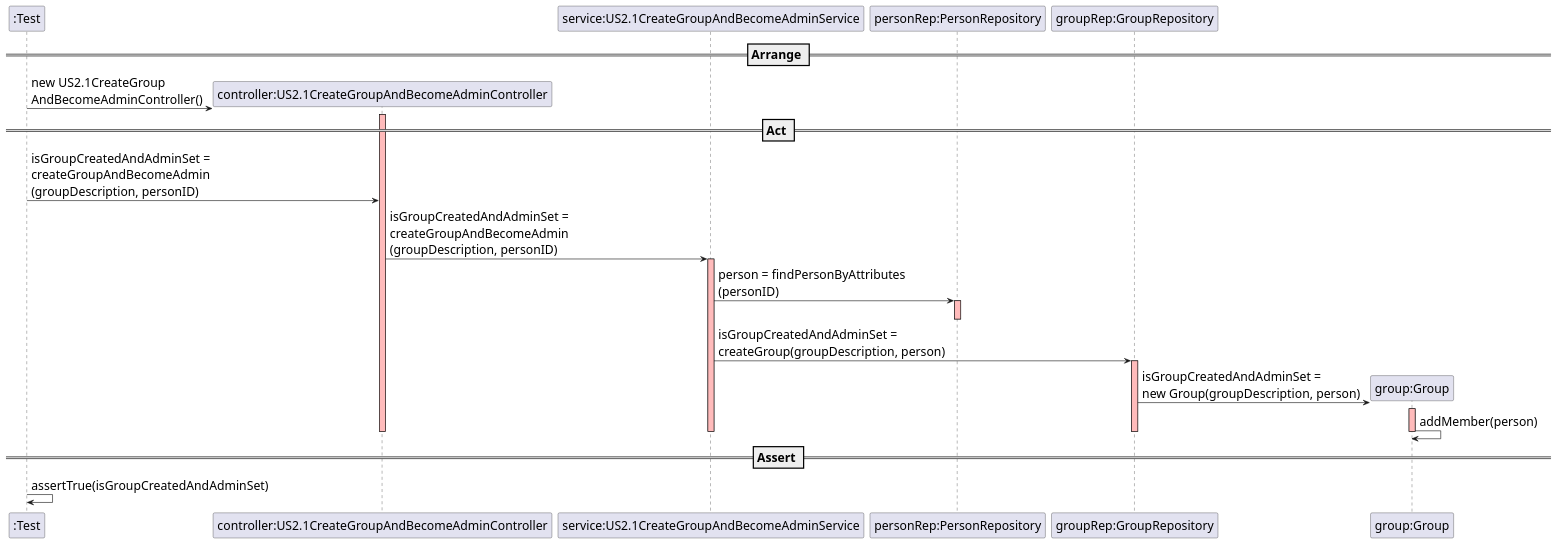
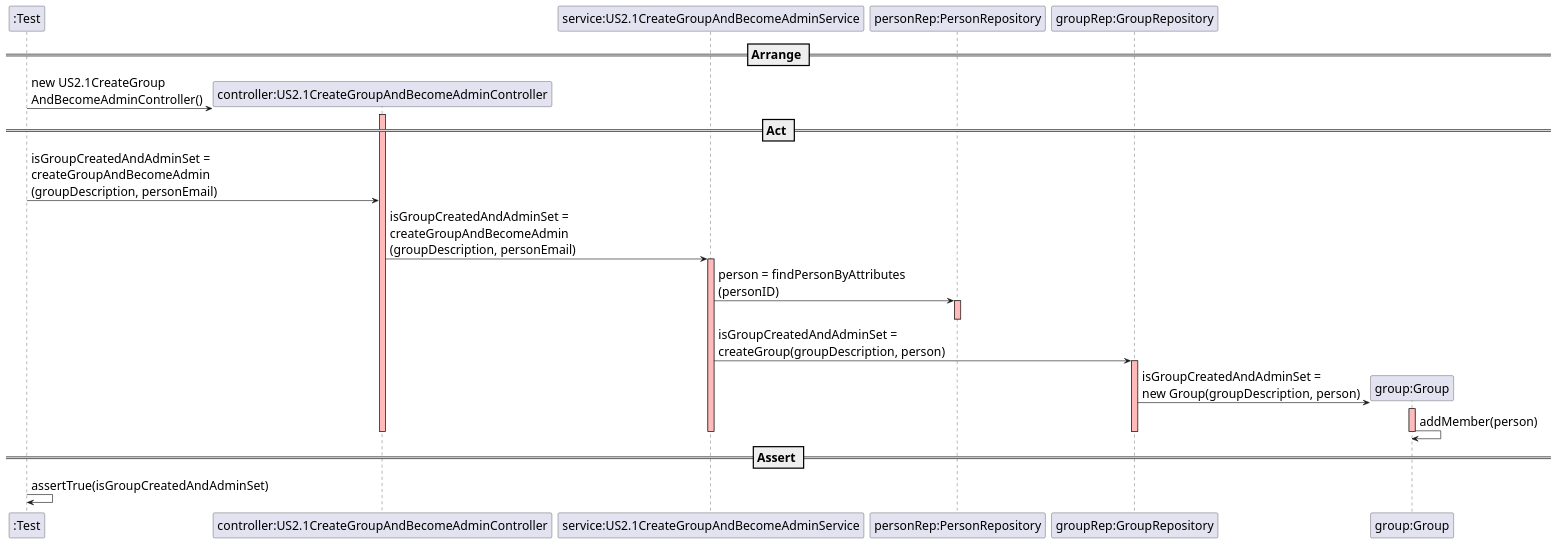
The diagram in src/main/java/switch2019/project/controllers/US002.1CreateGroupAndBecomeAdminSD.puml (mleitaoribeiro/DevOpsMaven), drawn with PlantUML before and after one commit. The commit also changed 1 other file, not shown here.

Commit message:
ref #718 update class diagram

```diff
--- a/src/main/java/switch2019/project/controllers/US002.1CreateGroupAndBecomeAdminSD.puml
+++ b/src/main/java/switch2019/project/controllers/US002.1CreateGroupAndBecomeAdminSD.puml
@@ -1,44 +1,44 @@
 @startuml
 skinparam DefaultFontSize 20
 create ":Test"
 
 == Arrange ==
 
 create "controller:US2.1CreateGroupAndBecomeAdminController"
 ":Test" -> "controller:US2.1CreateGroupAndBecomeAdminController" : new US2.1CreateGroup\nAndBecomeAdminController()
 activate "controller:US2.1CreateGroupAndBecomeAdminController" #FFBBBB
 
 participant "service:US2.1CreateGroupAndBecomeAdminService"
 participant "personRep:PersonRepository"
 participant "groupRep:GroupRepository"
 
 == Act ==
 
-":Test" -> "controller:US2.1CreateGroupAndBecomeAdminController" : isGroupCreatedAndAdminSet = \ncreateGroupAndBecomeAdmin\n(groupDescription, personID)
+":Test" -> "controller:US2.1CreateGroupAndBecomeAdminController" : isGroupCreatedAndAdminSet = \ncreateGroupAndBecomeAdmin\n(groupDescription, personEmail)
 
-"controller:US2.1CreateGroupAndBecomeAdminController" -> "service:US2.1CreateGroupAndBecomeAdminService": isGroupCreatedAndAdminSet = \ncreateGroupAndBecomeAdmin\n(groupDescription, personID)
+"controller:US2.1CreateGroupAndBecomeAdminController" -> "service:US2.1CreateGroupAndBecomeAdminService": isGroupCreatedAndAdminSet = \ncreateGroupAndBecomeAdmin\n(groupDescription, personEmail)
 activate "service:US2.1CreateGroupAndBecomeAdminService" #FFBBBB
 
 "service:US2.1CreateGroupAndBecomeAdminService" -> "personRep:PersonRepository" : person = findPersonByAttributes\n(personID)
 activate "personRep:PersonRepository" #FFBBBB
 deactivate "personRep:PersonRepository"
 
 "service:US2.1CreateGroupAndBecomeAdminService" -> "groupRep:GroupRepository" : isGroupCreatedAndAdminSet = \ncreateGroup(groupDescription, person)
 activate "groupRep:GroupRepository" #FFBBBB
 
 create "group:Group"
 "groupRep:GroupRepository" -> "group:Group" : isGroupCreatedAndAdminSet =\nnew Group(groupDescription, person)
 activate "group:Group" #FFBBBB
 "group:Group" -> "group:Group" : addMember(person)
 
 deactivate "group:Group"
 deactivate "groupRep:GroupRepository"
 deactivate "personRep:PersonRepository"
 deactivate "service:US2.1CreateGroupAndBecomeAdminService"
 deactivate "controller:US2.1CreateGroupAndBecomeAdminController"
 
 == Assert ==
 
 ":Test" -> ":Test" : assertTrue(isGroupCreatedAndAdminSet)
 
 @enduml
```
